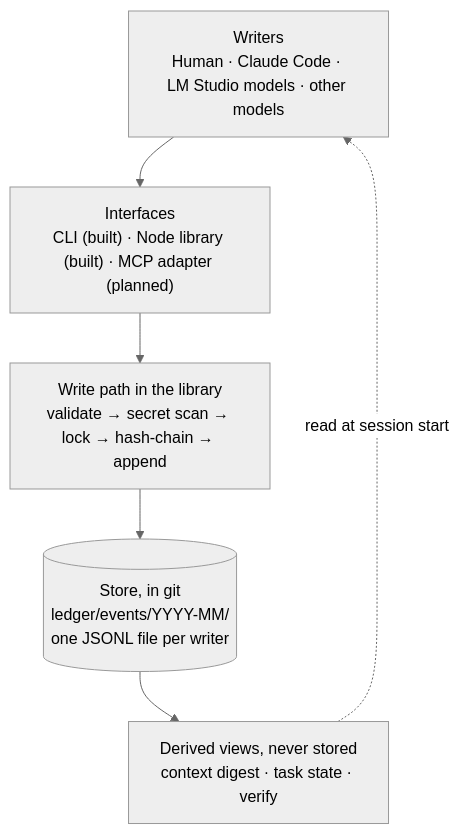
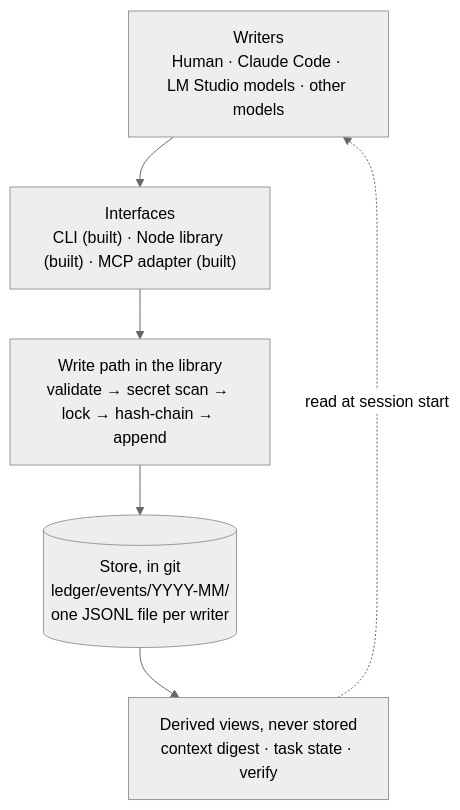
One commit to ALMMECHANICAL/Mapit-Out changed the first of 3 diagrams in docs/mapitout/ledger/DESIGN.md. Above: the diagram before and after it, drawn with Mermaid (neutral theme). The commit also changed other lines of this file and 9 other files, not shown here.

First line of the commit message:
Add MCP adapter for the ledger (ADR 0008): stdio server, five tools, identity from env, protocol and stdio tests

````diff
--- a/docs/mapitout/ledger/DESIGN.md
+++ b/docs/mapitout/ledger/DESIGN.md
@@ -27,11 +27,11 @@
 ```mermaid
 flowchart TB
   W["Writers<br/>Human · Claude Code · LM Studio models · other models"]
-  I["Interfaces<br/>CLI (built) · Node library (built) · MCP adapter (planned)"]
+  I["Interfaces<br/>CLI (built) · Node library (built) · MCP adapter (built)"]
   G["Write path in the library<br/>validate → secret scan → lock → hash-chain → append"]
   S[("Store, in git<br/>ledger/events/YYYY-MM/<br/>one JSONL file per writer")]
   V["Derived views, never stored<br/>context digest · task state · verify"]
   W --> I --> G --> S
   S --> V
   V -.->|"read at session start"| W
 ```
````
